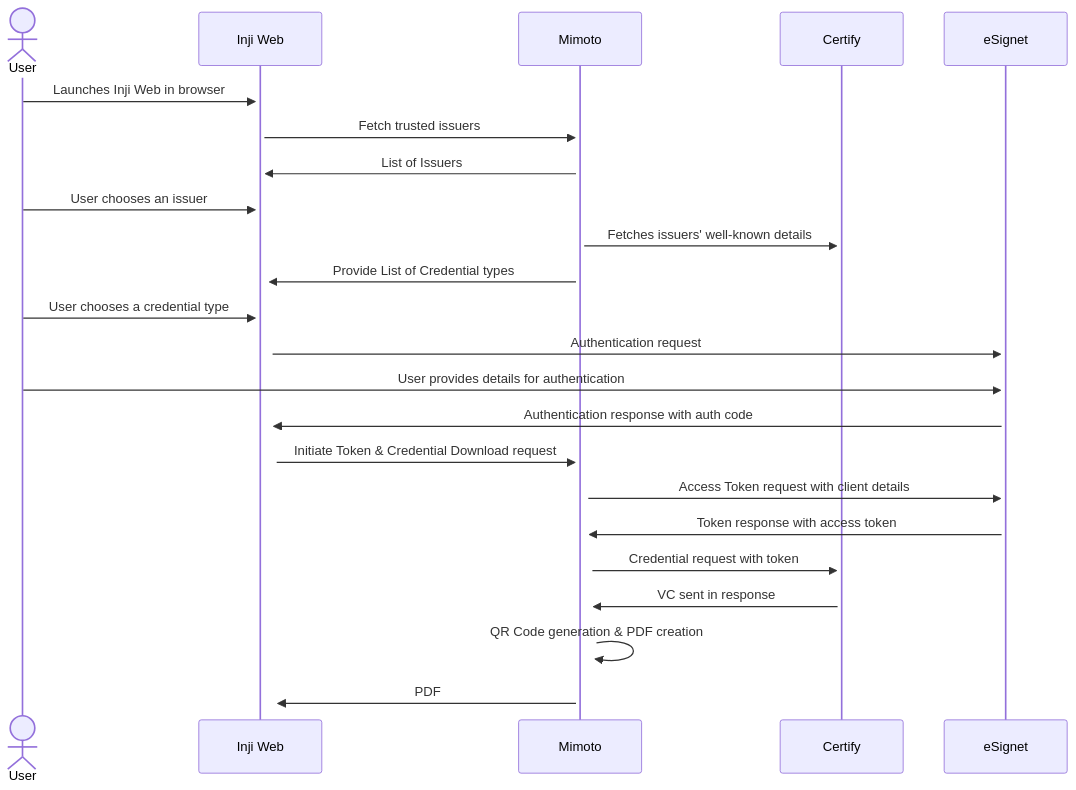
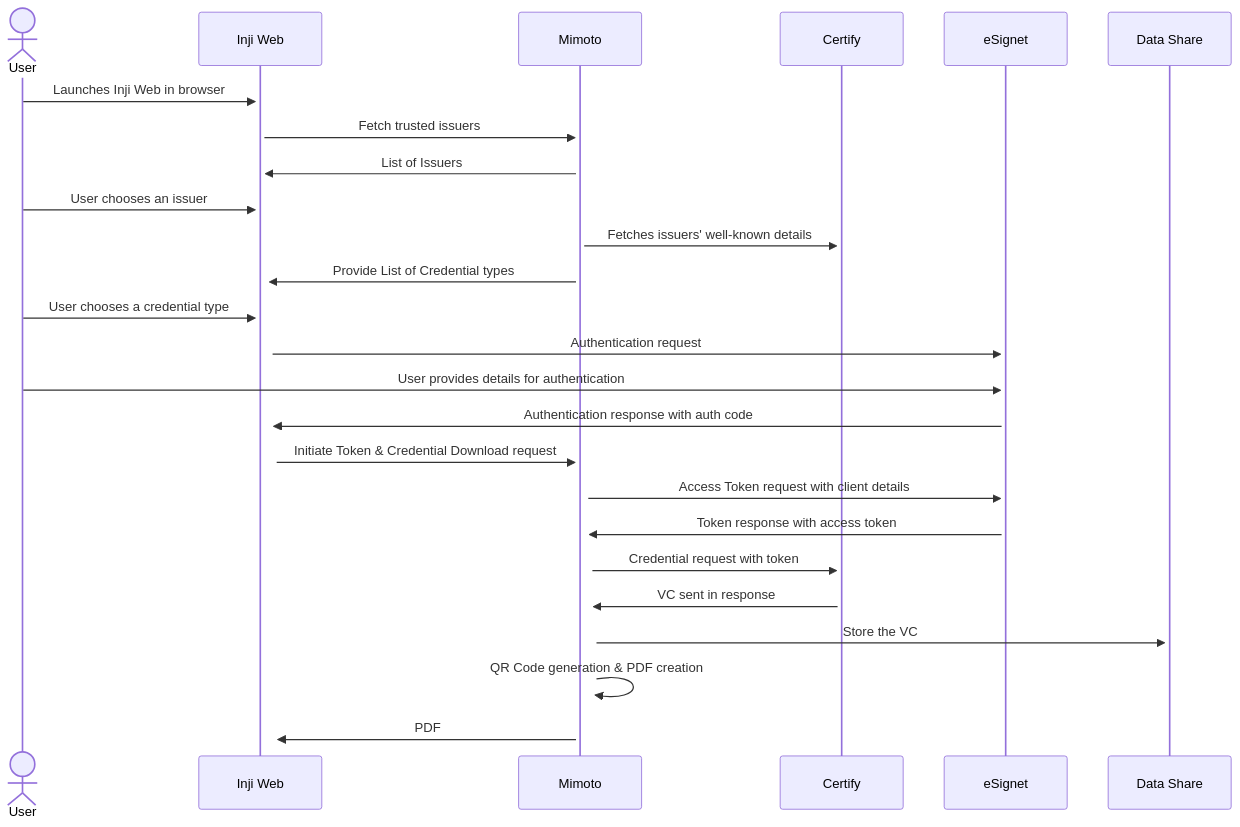
Before and after one commit to mosip/documentation: the first of 2 diagrams in docs/inji-web/functional-overview/workflow.md, drawn with Mermaid. The commit also changed other lines of this file, not shown here.

````diff
--- a/docs/inji-web/functional-overview/workflow.md
+++ b/docs/inji-web/functional-overview/workflow.md
@@ -9,22 +9,23 @@
 ```mermaid
 sequenceDiagram
 actor User
     User->>+Inji Web: Launches Inji Web in browser
     Inji Web->>+Mimoto: Fetch trusted issuers
     Mimoto->>+Inji Web: List of Issuers
     User->>Inji Web: User chooses an issuer
     Mimoto->>+Certify: Fetches issuers' well-known details
     Mimoto->>+Inji Web: Provide List of Credential types
     User->>Inji Web: User chooses a credential type
     Inji Web->>+eSignet: Authentication request
     User->>eSignet: User provides details for authentication
     eSignet->>+Inji Web: Authentication response with auth code
     Inji Web->>+Mimoto: Initiate Token & Credential Download request
     Mimoto->>+eSignet: Access Token request with client details
     eSignet->>+Mimoto: Token response with access token
     Mimoto->>+Certify: Credential request with token
     Certify->>+Mimoto: VC sent in response
+    Mimoto->>+Data Share: Store the VC
     Mimoto->>+Mimoto: QR Code generation & PDF creation
     Mimoto->>+Inji Web: PDF
     
 ```
````
